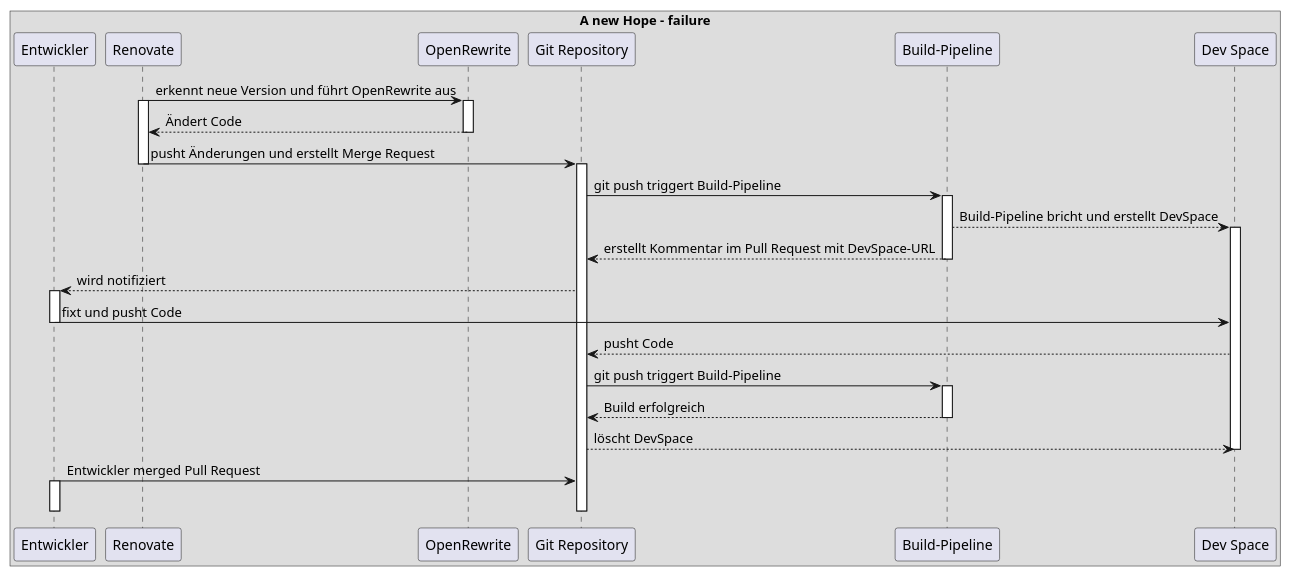
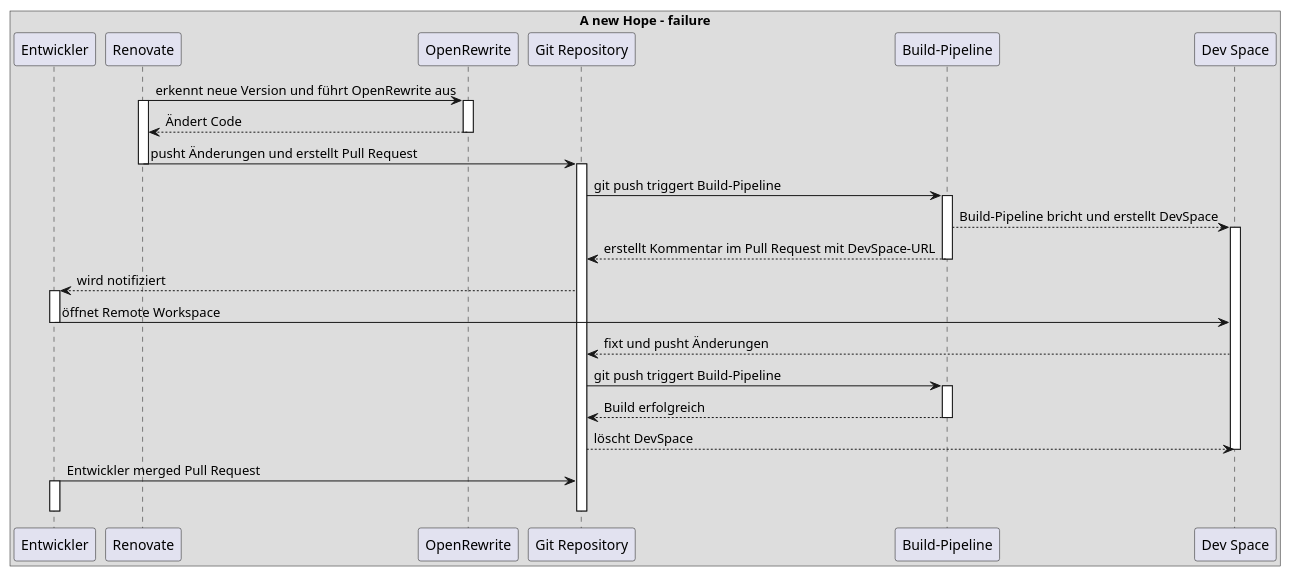
Before and after one commit to gattma/renovate: the diagram in diagrams/failure-sequence.puml, drawn with PlantUML. The commit also changed 3 other files, not shown here.

```diff
--- a/diagrams/failure-sequence.puml
+++ b/diagrams/failure-sequence.puml
@@ -1,46 +1,46 @@
 @startuml
 box A new Hope - failure
 participant Entwickler
 
 participant Renovate
 
 Renovate -> OpenRewrite : erkennt neue Version und führt OpenRewrite aus
 activate Renovate
 activate OpenRewrite
 
 OpenRewrite --> Renovate : Ändert Code
 deactivate OpenRewrite
 
-Renovate -> "Git Repository" : pusht Änderungen und erstellt Merge Request
+Renovate -> "Git Repository" : pusht Änderungen und erstellt Pull Request
 deactivate Renovate
 activate "Git Repository"
 
 "Git Repository" -> "Build-Pipeline" : git push triggert Build-Pipeline
 activate "Build-Pipeline"
 "Build-Pipeline" --> "Dev Space" : Build-Pipeline bricht und erstellt DevSpace
 activate "Dev Space"
 "Build-Pipeline" --> "Git Repository" : erstellt Kommentar im Pull Request mit DevSpace-URL
 deactivate "Build-Pipeline"
 
 "Git Repository" --> Entwickler : wird notifiziert
 activate Entwickler
-Entwickler -> "Dev Space" : fixt und pusht Code
+Entwickler -> "Dev Space" : öffnet Remote Workspace
 deactivate Entwickler
 
-"Dev Space" --> "Git Repository" : pusht Code
+"Dev Space" --> "Git Repository" : fixt und pusht Änderungen
 
 "Git Repository" -> "Build-Pipeline" : git push triggert Build-Pipeline
 activate "Build-Pipeline"
 "Build-Pipeline" --> "Git Repository" : Build erfolgreich
 deactivate "Build-Pipeline"
 "Git Repository" --> "Dev Space" : löscht DevSpace
 deactivate "Dev Space"
 
 Entwickler -> "Git Repository" : Entwickler merged Pull Request
 activate Entwickler
 deactivate Entwickler
 
 deactivate "Git Repository"
 
 end box
 @enduml
```
